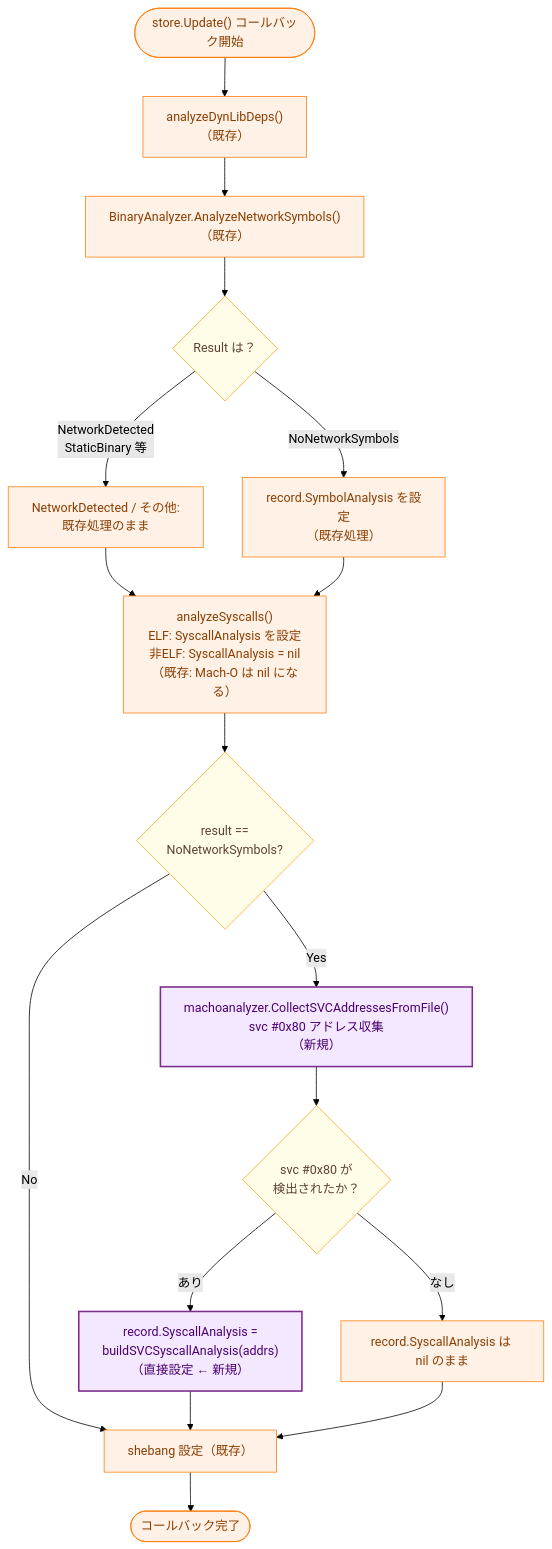
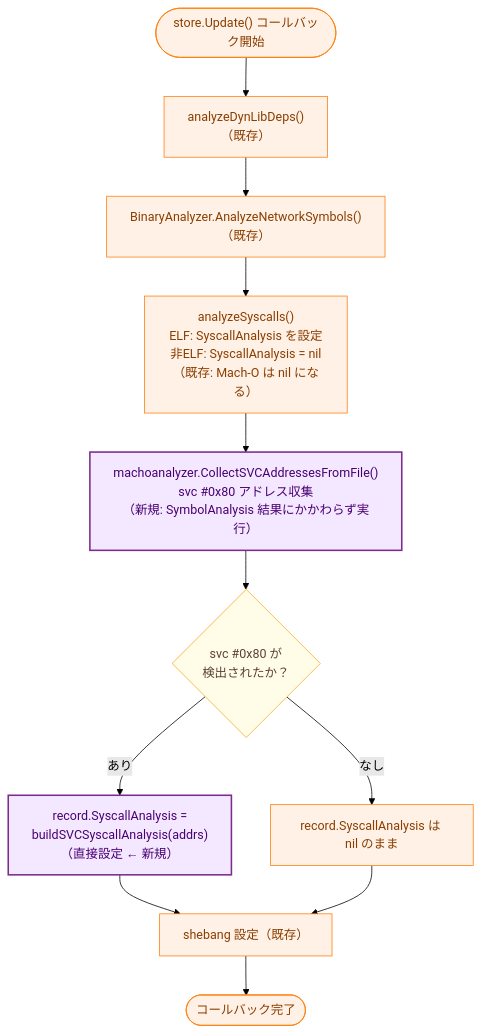
One commit to isseis/go-safe-cmd-runner changed the fifth of 8 diagrams in docs/tasks/0097_macho_arm64_syscall_analysis/02_architecture.md. Above: the diagram before and after it, drawn with Mermaid (forest theme). The commit also changed other lines of this file and 3 other files, not shown here.

First line of the commit message:
refactor(0097): Move svc scan condition from record to runner to clarify responsibility boundary

````diff
--- a/docs/tasks/0097_macho_arm64_syscall_analysis/02_architecture.md
+++ b/docs/tasks/0097_macho_arm64_syscall_analysis/02_architecture.md
@@ -212,45 +212,35 @@
 ```mermaid
 flowchart TD
     classDef data fill:#e6f7ff,stroke:#1f77b4,stroke-width:1px,color:#0b3d91;
     classDef process fill:#fff1e6,stroke:#ff7f0e,stroke-width:1px,color:#8a3e00;
     classDef enhanced fill:#e8f5e8,stroke:#2e8b57,stroke-width:2px,color:#006400;
     classDef new fill:#f3e8ff,stroke:#7b2d8b,stroke-width:2px,color:#4a0072;
     classDef decision fill:#fffde7,stroke:#f9a825,stroke-width:1px,color:#5d4037;
 
     START(["store.Update() コールバック開始"])
     DYNLIB["analyzeDynLibDeps()<br>（既存）"]
     ANALYZE["BinaryAnalyzer.AnalyzeNetworkSymbols()<br>（既存）"]
-    CHECK_RESULT{"Result は？"}
-    SAVE_SYMBOL["record.SymbolAnalysis を設定<br>（既存処理）"]
     ANALYZE_SYS["analyzeSyscalls()<br>ELF: SyscallAnalysis を設定<br>非ELF: SyscallAnalysis = nil<br>（既存: Mach-O は nil になる）"]
-    CHECK_NOSVC{"result ==<br>NoNetworkSymbols?"}
-    SVC_SCAN["machoanalyzer.CollectSVCAddressesFromFile()<br>svc #0x80 アドレス収集<br>（新規）"]
+    SVC_SCAN["machoanalyzer.CollectSVCAddressesFromFile()<br>svc #0x80 アドレス収集<br>（新規: SymbolAnalysis 結果にかかわらず実行）"]
     CHECK_SVC{"svc #0x80 が<br>検出されたか？"}
     SET_SVC["record.SyscallAnalysis =<br>buildSVCSyscallAnalysis(addrs)<br>（直接設定 ← 新規）"]
     SKIP_SVC["record.SyscallAnalysis は nil のまま"]
-    NETWORK_DETECTED["NetworkDetected / その他:<br>既存処理のまま"]
     SHEBANG["shebang 設定（既存）"]
     END(["コールバック完了"])
 
     START --> DYNLIB --> ANALYZE
-    ANALYZE --> CHECK_RESULT
-    CHECK_RESULT -->|"NetworkDetected<br>StaticBinary 等"| NETWORK_DETECTED
-    CHECK_RESULT -->|"NoNetworkSymbols"| SAVE_SYMBOL
-    NETWORK_DETECTED --> ANALYZE_SYS
-    SAVE_SYMBOL --> ANALYZE_SYS
-    ANALYZE_SYS --> CHECK_NOSVC
-    CHECK_NOSVC -->|"Yes"| SVC_SCAN
-    CHECK_NOSVC -->|"No"| SHEBANG
+    ANALYZE --> ANALYZE_SYS
+    ANALYZE_SYS --> SVC_SCAN
     SVC_SCAN --> CHECK_SVC
     CHECK_SVC -->|"あり"| SET_SVC
     CHECK_SVC -->|"なし"| SKIP_SVC
     SET_SVC --> SHEBANG
     SKIP_SVC --> SHEBANG
     SHEBANG --> END
 
     class START,END,DYNLIB,SHEBANG process;
-    class ANALYZE,SAVE_SYMBOL,NETWORK_DETECTED,ANALYZE_SYS process;
-    class CHECK_RESULT,CHECK_NOSVC,CHECK_SVC decision;
+    class ANALYZE,ANALYZE_SYS process;
+    class CHECK_SVC decision;
     class SVC_SCAN,SET_SVC new;
     class SKIP_SVC process;
 ```
````
